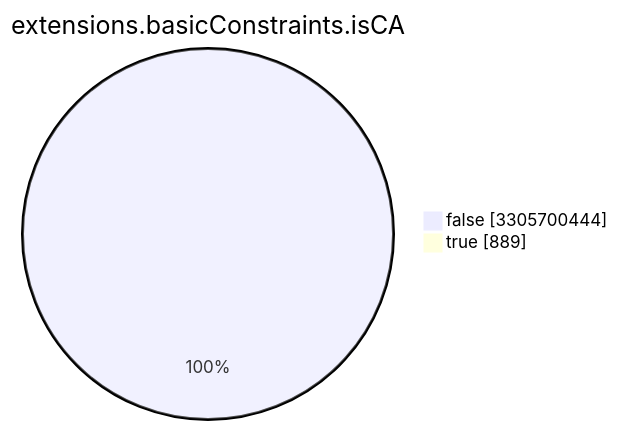
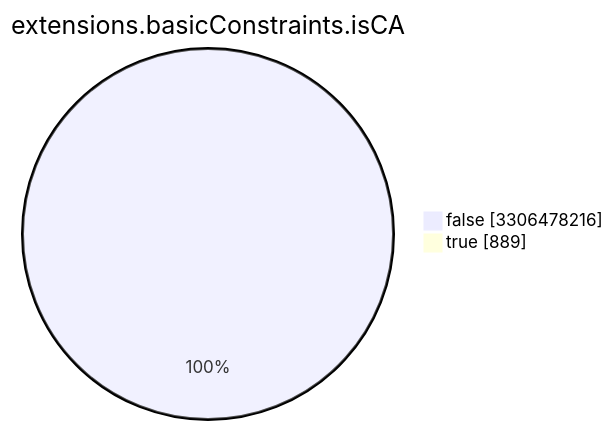
Before and after one commit to christiankrug/ctmonitor_visualization: the seventh of 15 diagrams in TOTAL/README.md, drawn with Mermaid. The commit also changed other lines of this file, not shown here.

````diff
--- a/TOTAL/README.md
+++ b/TOTAL/README.md
@@ -3089,6 +3089,6 @@
 ```mermaid
 pie showData
 title extensions.basicConstraints.isCA
-"false" :3305700444
+"false" :3306478216
 "true" :889
 ```
````
